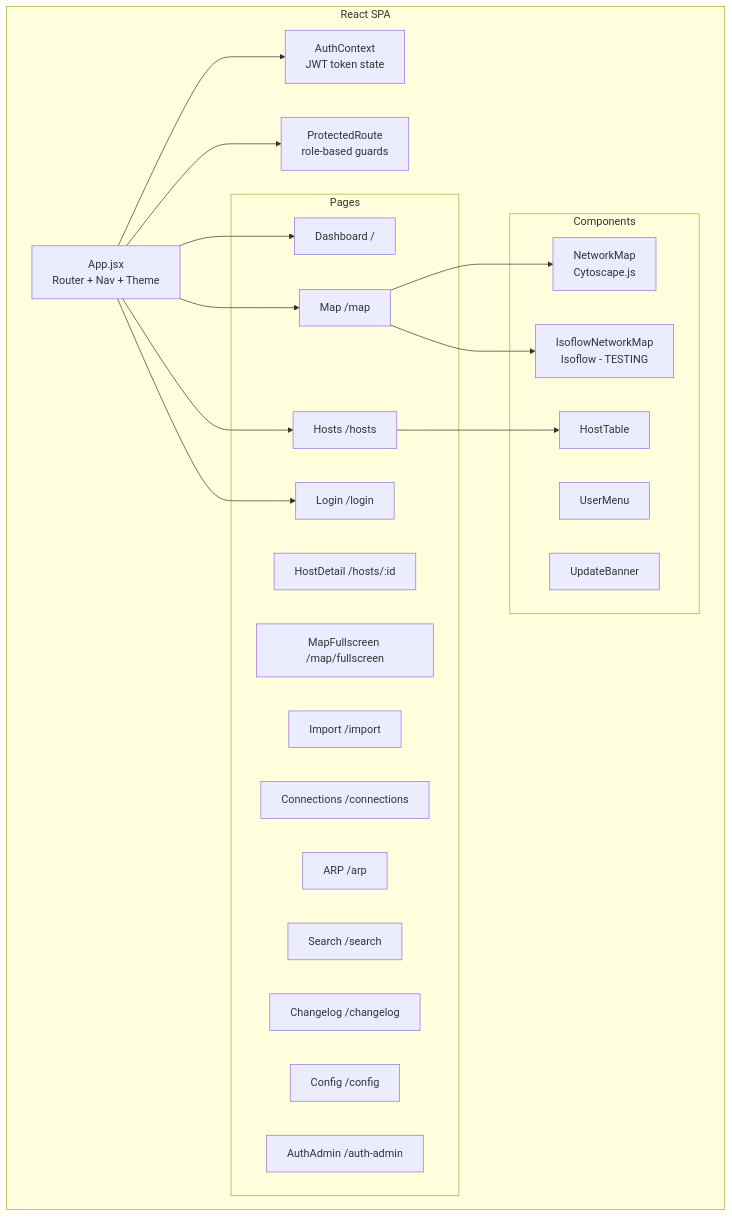
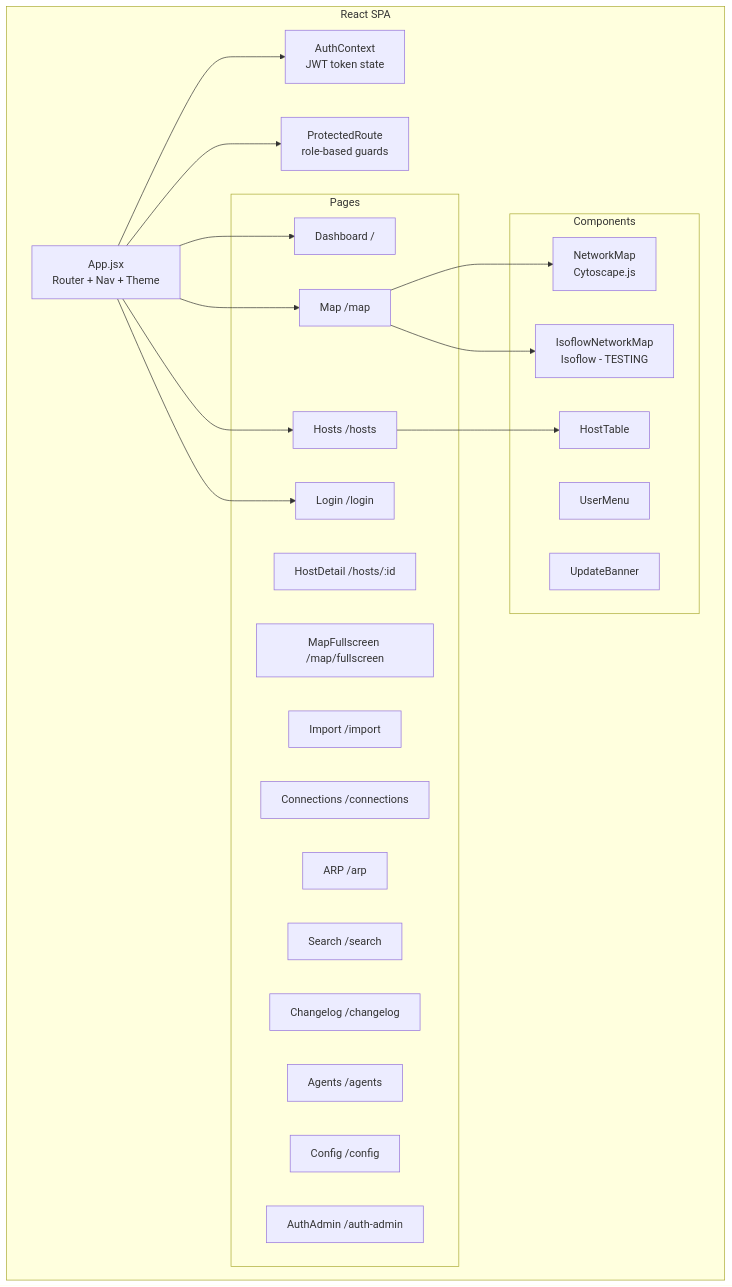
Before and after one commit to BadgerOps/grapheon: the diagram in docs/frontend.md, drawn with Mermaid. The commit also changed other lines of this file and 5 other files, not shown here.

````diff
--- a/docs/frontend.md
+++ b/docs/frontend.md
@@ -31,37 +31,38 @@
 ```mermaid
 graph TD
     subgraph "React SPA"
         APP[App.jsx<br/>Router + Nav + Theme]
         APP --> AUTH_CTX[AuthContext<br/>JWT token state]
         APP --> PROTECTED[ProtectedRoute<br/>role-based guards]
 
         subgraph "Pages"
             DASH[Dashboard /]
             HOSTS[Hosts /hosts]
             DETAIL[HostDetail /hosts/:id]
             MAP[Map /map]
             MAPFS[MapFullscreen /map/fullscreen]
             IMPORT[Import /import]
             CONN[Connections /connections]
             ARP_P[ARP /arp]
             SEARCH[Search /search]
             CHANGELOG[Changelog /changelog]
+            AGENTS[Agents /agents]
             CONFIG[Config /config]
             AUTHADMIN[AuthAdmin /auth-admin]
             LOGIN[Login /login]
         end
 
         subgraph "Components"
             NETMAP[NetworkMap<br/>Cytoscape.js]
             ISOMAP[IsoflowNetworkMap<br/>Isoflow - TESTING]
             TABLE[HostTable]
             USERMENU[UserMenu]
             BANNER[UpdateBanner]
         end
     end
 
     APP --> DASH & HOSTS & MAP & LOGIN
     MAP --> NETMAP
     MAP --> ISOMAP
     HOSTS --> TABLE
 ```
````
